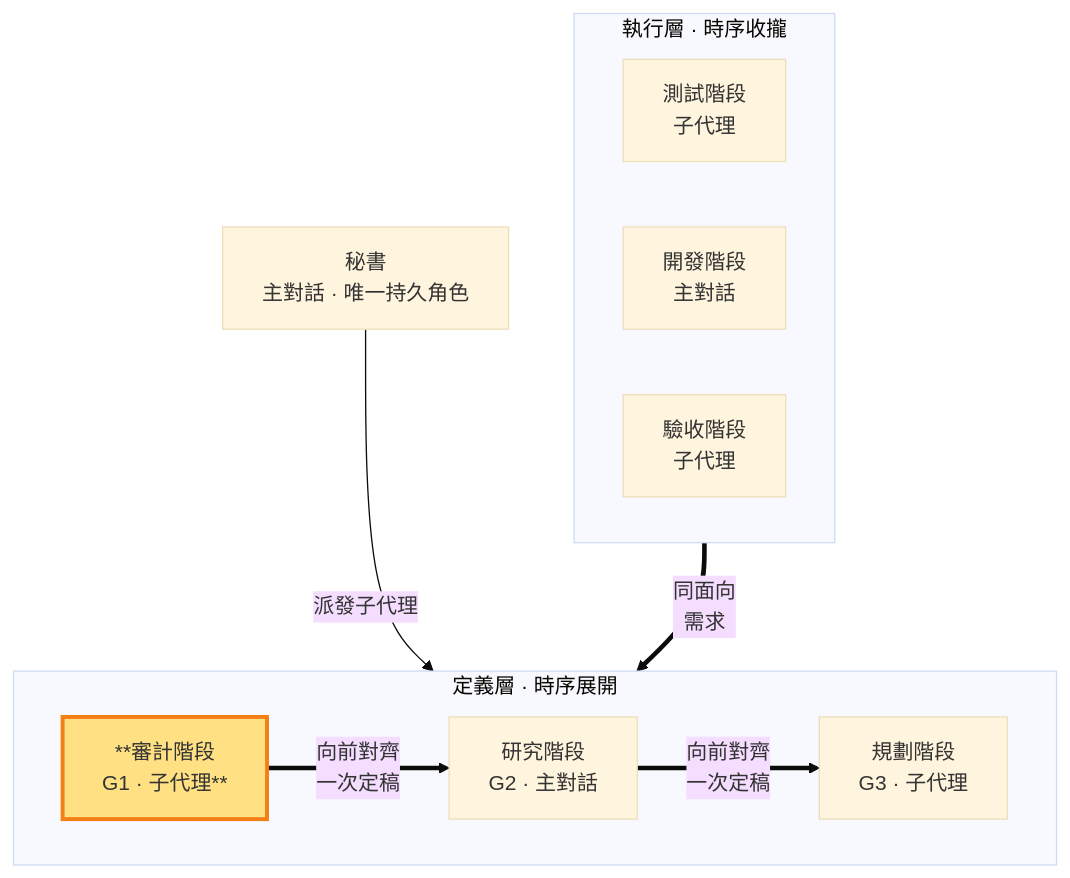
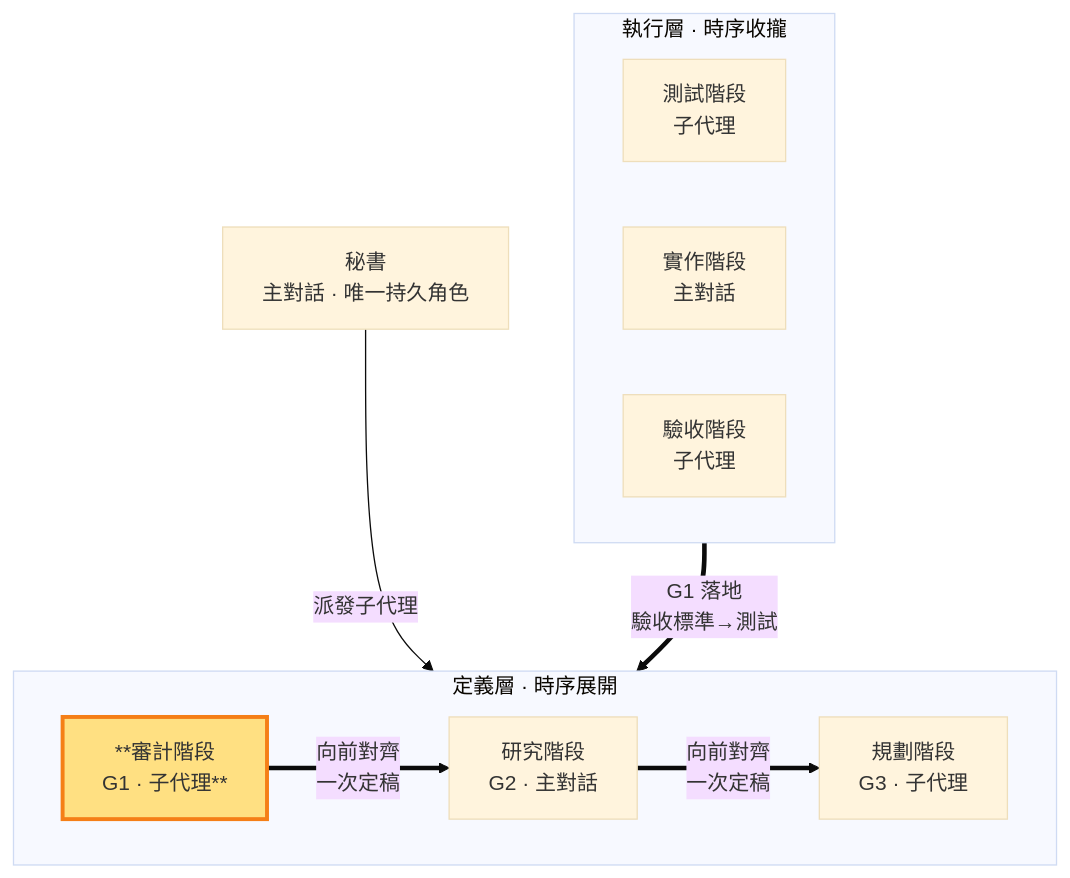
The diagram in skills/shiftblame/references/AUDIT.md (teps3105/shiftblame), drawn with Mermaid (base theme) before and after one commit. The commit also changed other lines of this file and 10 other files, not shown here.

````diff
--- a/skills/shiftblame/references/AUDIT.md
+++ b/skills/shiftblame/references/AUDIT.md
@@ -15,21 +15,21 @@
 ```mermaid
 flowchart TB
     SEC[秘書<br/>主對話 · 唯一持久角色]
     subgraph Consult["定義層 · 時序展開"]
         direction LR
         AUD["**審計階段<br/>G1 · 子代理**"]:::thisrole
         RES["研究階段<br/>G2 · 主對話"]
         PLA["規劃階段<br/>G3 · 子代理"]
     end
     subgraph Build["執行層 · 時序收攏"]
         direction LR
         TST["測試階段<br/>子代理"]
-        DEV["開發階段<br/>主對話"]
+        DEV["實作階段<br/>主對話"]
         ACC["驗收階段<br/>子代理"]
     end
     SEC -- 派發子代理 --> AUD
-    ACC == "同面向<br/>需求" ==> AUD
+    TST == "G1 落地<br/>驗收標準→測試" ==> AUD
     AUD == "向前對齊<br/>一次定稿" ==> RES
     RES == "向前對齊<br/>一次定稿" ==> PLA
     classDef thisrole fill:#ffe082,stroke:#f57f17,stroke-width:3px;
 ```
````
